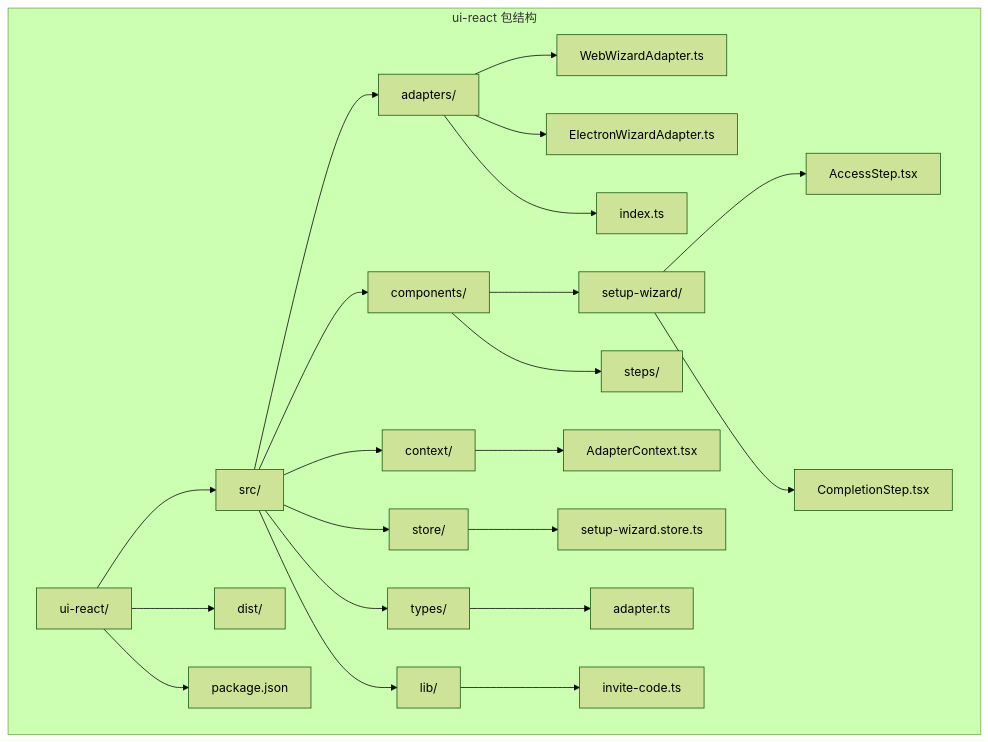
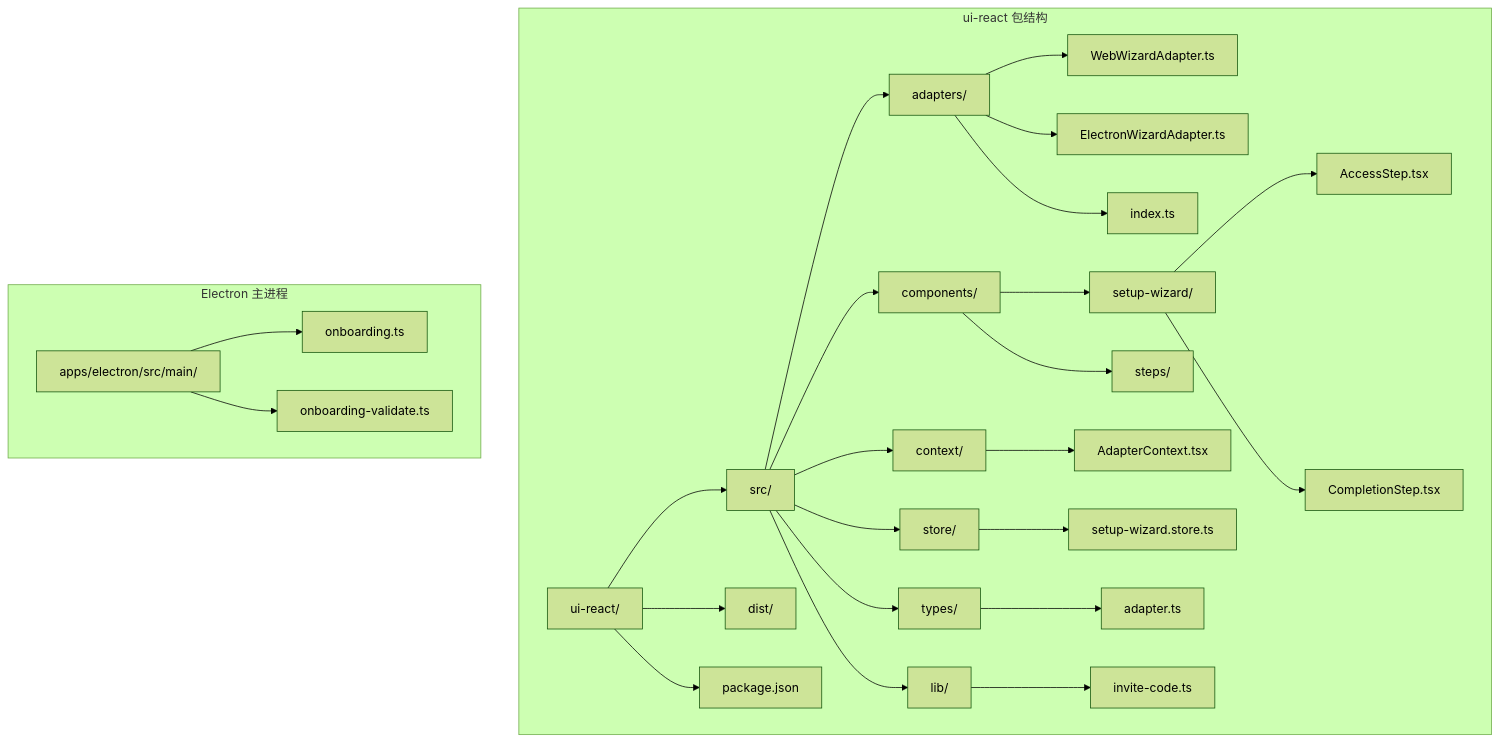
One commit to verse-ai-org/openclaw changed the first of 11 diagrams in .qoder/repowiki/zh/content/设置向导适配器.md. Above: the diagram before and after it, drawn with Mermaid (forest theme). The commit also changed other lines of this file and 7 other files, not shown here.

````diff
--- a/.qoder/repowiki/zh/content/设置向导适配器.md
+++ b/.qoder/repowiki/zh/content/设置向导适配器.md
@@ -56,25 +65,30 @@
 ```mermaid
 graph TB
 subgraph "ui-react 包结构"
 A[ui-react/] --> B[src/]
 A --> C[dist/]
 A --> D[package.json]
 B --> E[adapters/]
 B --> F[components/]
 B --> G[context/]
 B --> H[store/]
 B --> I[types/]
 B --> J[lib/]
 E --> K[WebWizardAdapter.ts]
 E --> L[ElectronWizardAdapter.ts]
 E --> M[index.ts]
 F --> N[setup-wizard/]
 F --> O[steps/]
 G --> P[AdapterContext.tsx]
 H --> Q[setup-wizard.store.ts]
 I --> R[adapter.ts]
 J --> S[invite-code.ts]
 N --> T[AccessStep.tsx]
 N --> U[CompletionStep.tsx]
 end
+subgraph "Electron 主进程"
+V[apps/electron/src/main/]
+V --> W[onboarding.ts]
+V --> X[onboarding-validate.ts]
+end
 ```
````
